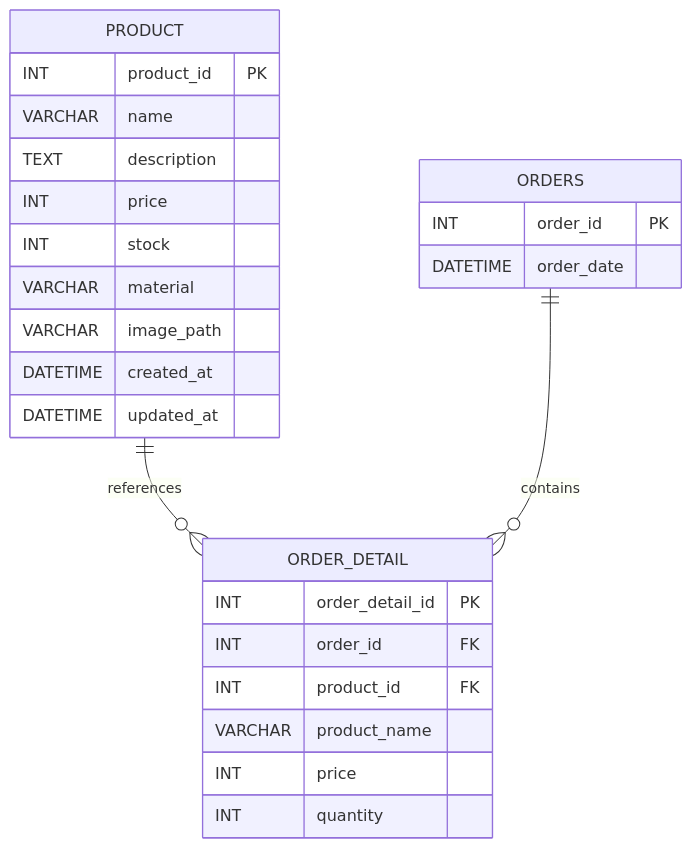
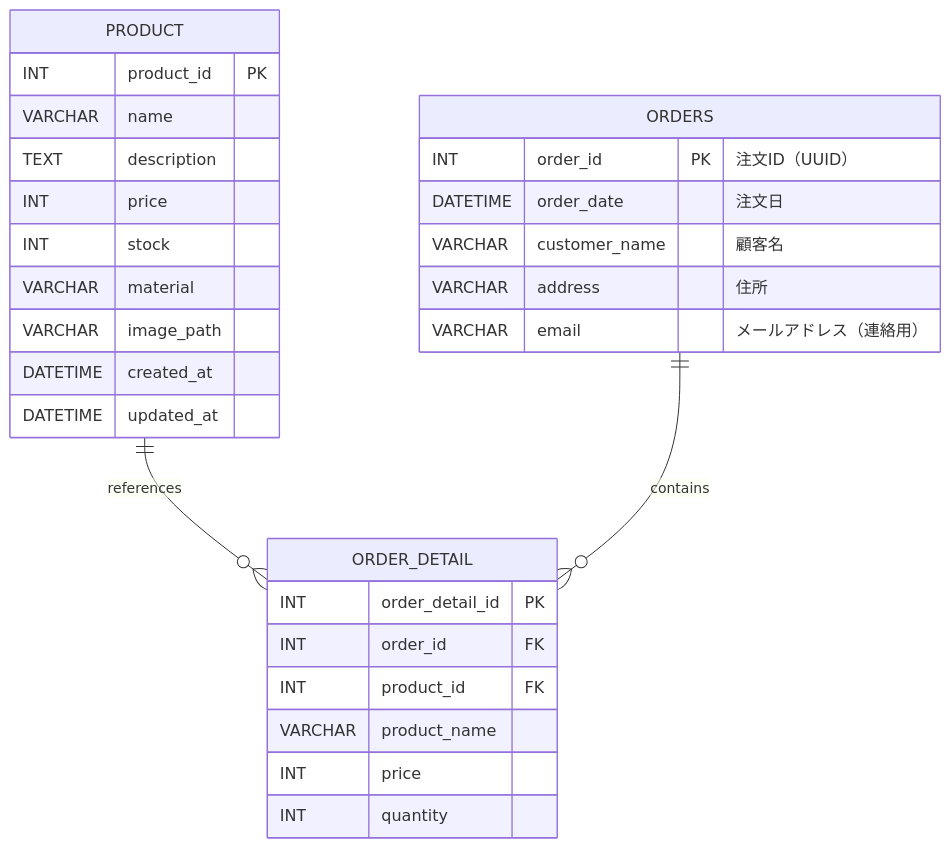
Before and after one commit to natsumiumeda/Jobs: diagram 11 of 12 in 詳細設計/詳細設計書.md, drawn with Mermaid.

Commit message:
ER図修正

```diff
--- a/詳細設計/詳細設計書.md
+++ b/詳細設計/詳細設計書.md
@@ -1026,32 +1026,35 @@
 <div class="mermaid">
 erDiagram
 
   PRODUCT {
     INT product_id PK 
     VARCHAR name 
     TEXT description 
     INT price 
     INT stock 
     VARCHAR material 
     VARCHAR image_path 
     DATETIME created_at 
     DATETIME updated_at 
   }
 
-  ORDERS {
-    INT order_id PK 
-    DATETIME order_date 
-  }
+    ORDERS {
+        INT order_id PK "注文ID（UUID）"
+        DATETIME order_date "注文日"
+        VARCHAR customer_name "顧客名"
+        VARCHAR address "住所"
+        VARCHAR email "メールアドレス（連絡用）"
+    }
 
   ORDER_DETAIL {
     INT order_detail_id PK 
     INT order_id FK 
     INT product_id FK 
     VARCHAR product_name 
     INT price 
     INT quantity 
   }
 
   PRODUCT ||--o{ ORDER_DETAIL : "references"
   ORDERS ||--o{ ORDER_DETAIL : "contains"
   </div>
```
